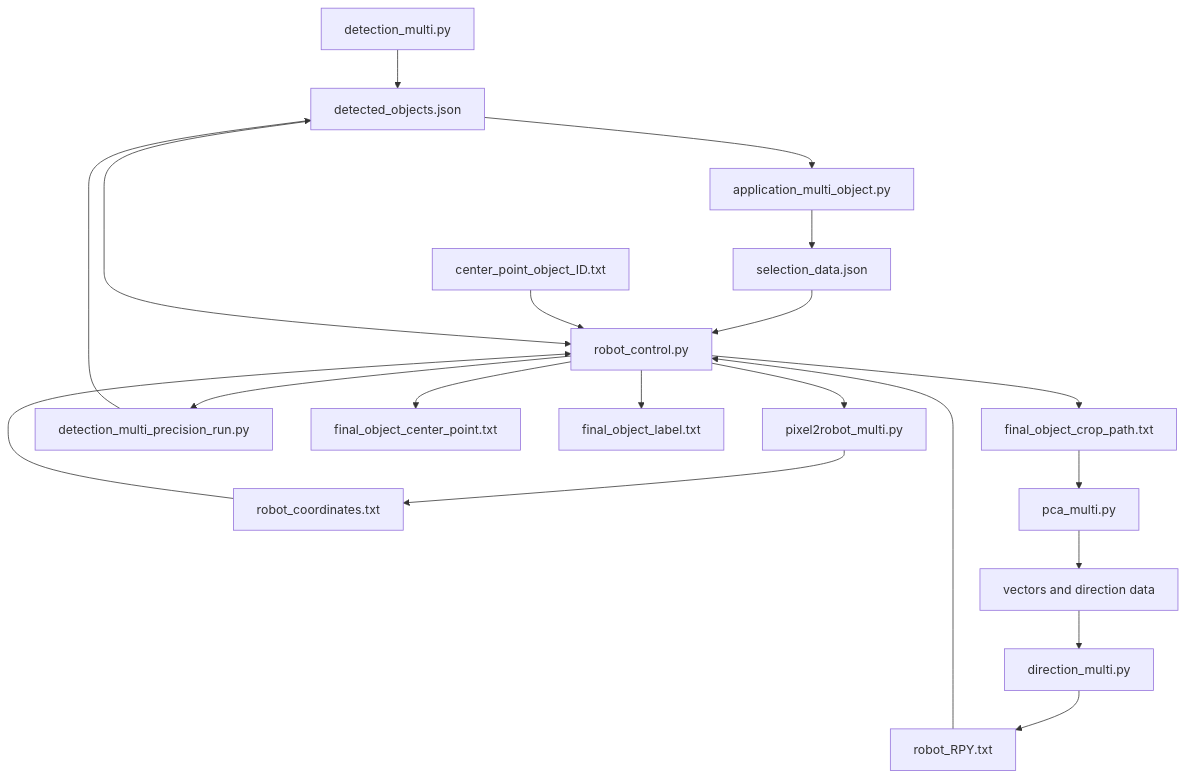
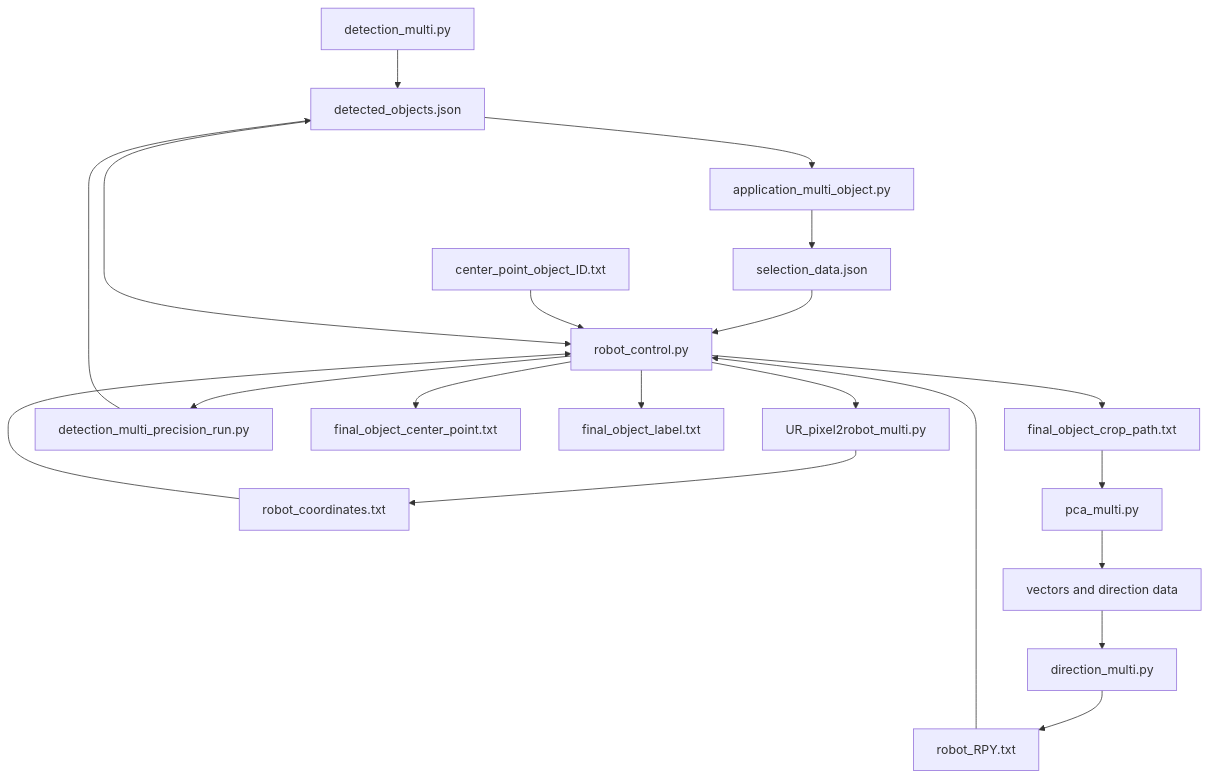
The sixth of 8 diagrams in UR_Audio_Steuerung_Using_LLM/OLD_NEW_SCRIPT_COMMUNICATION.md (Gaurang8200/MASTER_THESIS), drawn with Mermaid before and after one commit. The commit also changed other lines of this file and 107 other files, not shown here.

````diff
--- a/UR_Audio_Steuerung_Using_LLM/OLD_NEW_SCRIPT_COMMUNICATION.md
+++ b/UR_Audio_Steuerung_Using_LLM/OLD_NEW_SCRIPT_COMMUNICATION.md
@@ -227,39 +227,39 @@
 ```mermaid
 flowchart TD
     MultiDetection["detection_multi.py"]
     Detected["detected_objects.json"]
     NewApp["application_multi_object.py"]
     Selection["selection_data.json"]
     NewRobot["robot_control.py"]
     ObjectCenter["center_point_object_ID.txt"]
-    PixelMulti["pixel2robot_multi.py"]
+    PixelMulti["UR_pixel2robot_multi.py"]
     RobotCoordinates["robot_coordinates.txt"]
     Precision["detection_multi_precision_run.py"]
     FinalCenter["final_object_center_point.txt"]
     FinalLabel["final_object_label.txt"]
     FinalCrop["final_object_crop_path.txt"]
     PCA["pca_multi.py"]
     Vectors["vectors and direction data"]
     Direction["direction_multi.py"]
     RobotRPY["robot_RPY.txt"]
 
     MultiDetection --> Detected
     Detected --> NewApp
     NewApp --> Selection
     Selection --> NewRobot
     ObjectCenter --> NewRobot
     NewRobot --> PixelMulti
     PixelMulti --> RobotCoordinates
     RobotCoordinates --> NewRobot
     NewRobot --> Precision
     Precision --> Detected
     Detected --> NewRobot
     NewRobot --> FinalCenter
     NewRobot --> FinalLabel
     NewRobot --> FinalCrop
     FinalCrop --> PCA
     PCA --> Vectors
     Vectors --> Direction
     Direction --> RobotRPY
     RobotRPY --> NewRobot
 ```
````
